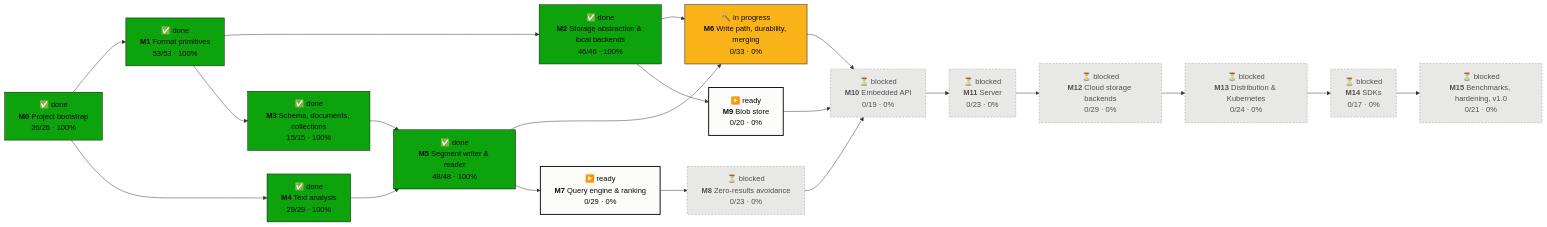
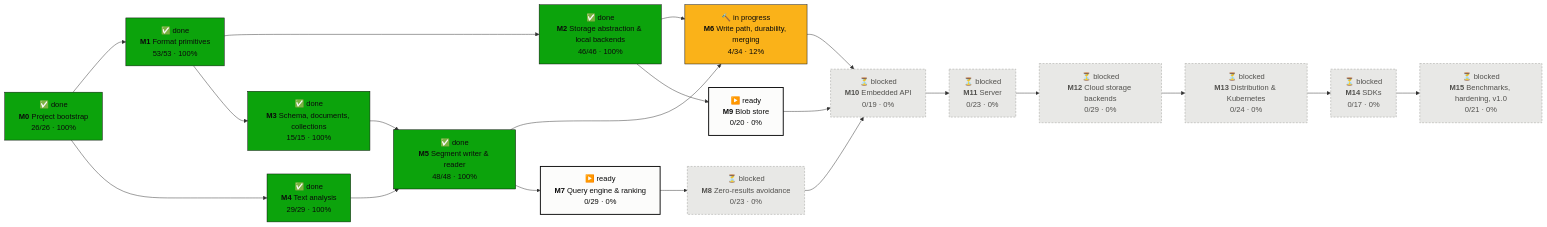
Before and after one commit to tomiok/persiaDB: the first of 2 diagrams in PROGRESS.md, drawn with Mermaid. The commit also changed other lines of this file and 11 other files, not shown here.

First line of the commit message:
fix(engine): memtable review follow-ups (ROADMAP 6.1.1–6.1.4)

````diff
--- a/PROGRESS.md
+++ b/PROGRESS.md
@@ -16,42 +16,42 @@
 ```mermaid
 flowchart LR
   M0["✅ done<br/><b>M0</b> Project bootstrap<br/>26/26 · 100%"]:::done
   M1["✅ done<br/><b>M1</b> Format primitives<br/>53/53 · 100%"]:::done
   M2["✅ done<br/><b>M2</b> Storage abstraction & local backends<br/>46/46 · 100%"]:::done
   M3["✅ done<br/><b>M3</b> Schema, documents, collections<br/>15/15 · 100%"]:::done
   M4["✅ done<br/><b>M4</b> Text analysis<br/>29/29 · 100%"]:::done
   M5["✅ done<br/><b>M5</b> Segment writer & reader<br/>48/48 · 100%"]:::done
-  M6["🔨 in progress<br/><b>M6</b> Write path, durability, merging<br/>0/33 · 0%"]:::doing
+  M6["🔨 in progress<br/><b>M6</b> Write path, durability, merging<br/>4/34 · 12%"]:::doing
   M7["▶️ ready<br/><b>M7</b> Query engine & ranking<br/>0/29 · 0%"]:::ready
   M8["⏳ blocked<br/><b>M8</b> Zero-results avoidance<br/>0/23 · 0%"]:::blocked
   M9["▶️ ready<br/><b>M9</b> Blob store<br/>0/20 · 0%"]:::ready
   M10["⏳ blocked<br/><b>M10</b> Embedded API<br/>0/19 · 0%"]:::blocked
   M11["⏳ blocked<br/><b>M11</b> Server<br/>0/23 · 0%"]:::blocked
   M12["⏳ blocked<br/><b>M12</b> Cloud storage backends<br/>0/29 · 0%"]:::blocked
   M13["⏳ blocked<br/><b>M13</b> Distribution & Kubernetes<br/>0/24 · 0%"]:::blocked
   M14["⏳ blocked<br/><b>M14</b> SDKs<br/>0/17 · 0%"]:::blocked
   M15["⏳ blocked<br/><b>M15</b> Benchmarks, hardening, v1.0<br/>0/21 · 0%"]:::blocked
   M0 --> M1
   M1 --> M2
   M1 --> M3
   M0 --> M4
   M3 --> M5
   M4 --> M5
   M2 --> M6
   M5 --> M6
   M5 --> M7
   M7 --> M8
   M2 --> M9
   M6 --> M10
   M8 --> M10
   M9 --> M10
   M10 --> M11
   M11 --> M12
   M12 --> M13
   M13 --> M14
   M14 --> M15
   classDef done fill:#0ca30c,stroke:#0b0b0b,color:#0b0b0b
   classDef doing fill:#fab219,stroke:#0b0b0b,color:#0b0b0b
   classDef ready fill:#fcfcfb,stroke:#0b0b0b,stroke-width:2px,color:#0b0b0b
   classDef blocked fill:#e8e8e6,stroke:#9a9a96,stroke-dasharray:4 3,color:#52514e
 ```
````
